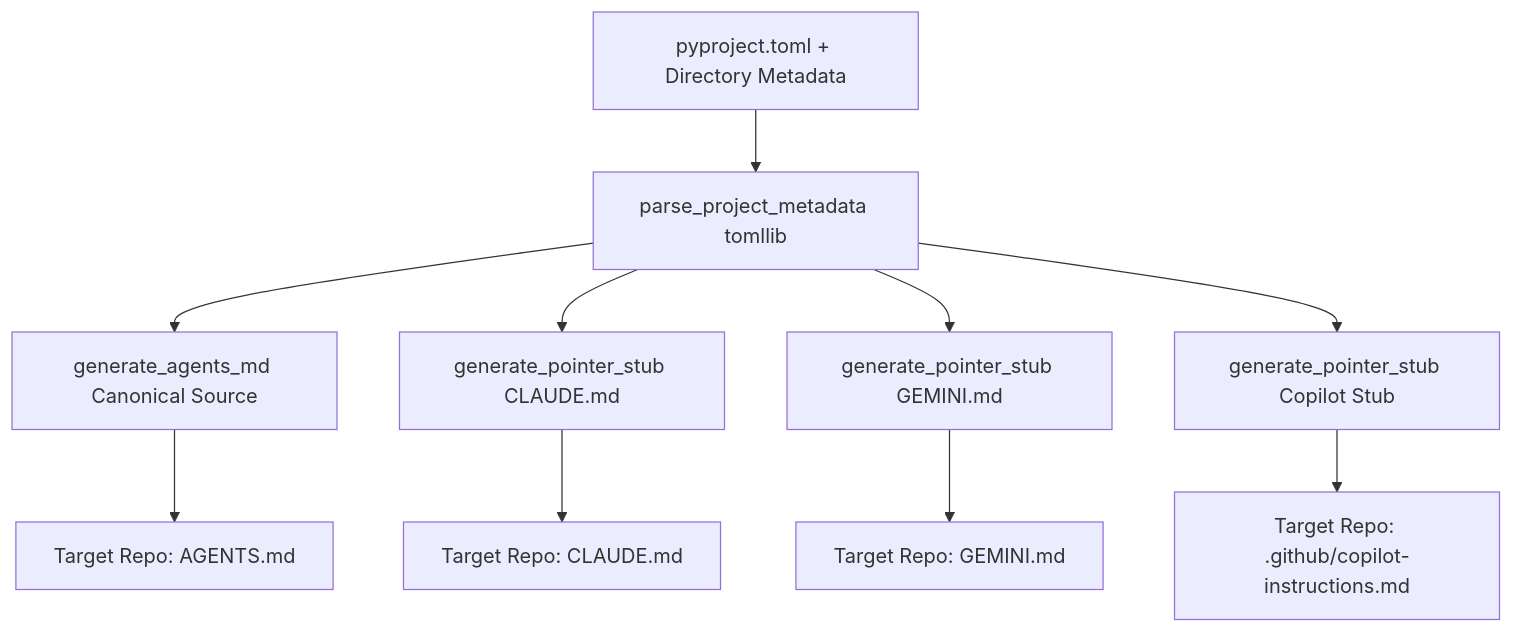
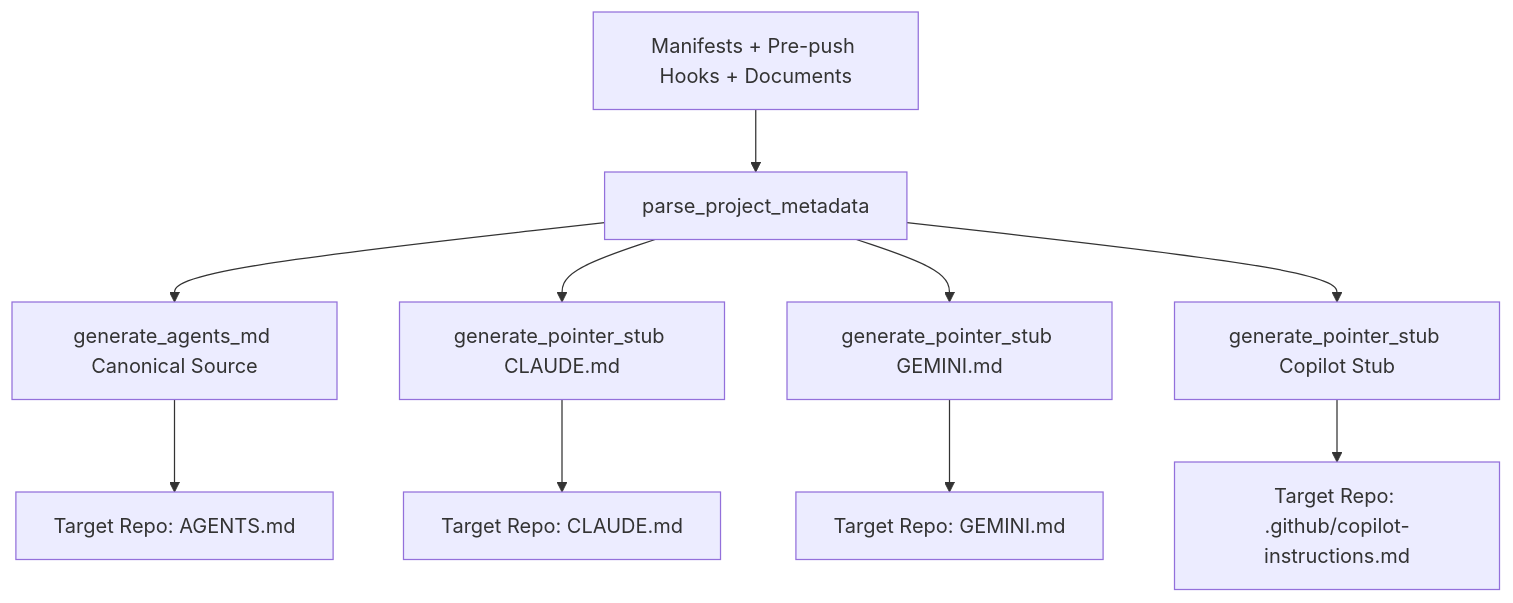
The diagram in src/devops_cli/ai/knowledge_base/devops_cli/tasks/agent_instructions_scaffolding.md (dan-petty/devops-cli), drawn with Mermaid before and after one commit. The commit also changed other lines of this file and 15 other files, not shown here.

````diff
--- a/src/devops_cli/ai/knowledge_base/devops_cli/tasks/agent_instructions_scaffolding.md
+++ b/src/devops_cli/ai/knowledge_base/devops_cli/tasks/agent_instructions_scaffolding.md
@@ -11,12 +11,12 @@
 ```mermaid
 graph TD
-    A[pyproject.toml + Directory Metadata] --> B[parse_project_metadata tomllib]
+    A[Manifests + Pre-push Hooks + Documents] --> B[parse_project_metadata]
     B --> C[generate_agents_md Canonical Source]
     B --> D[generate_pointer_stub CLAUDE.md]
     B --> I[generate_pointer_stub GEMINI.md]
     B --> E[generate_pointer_stub Copilot Stub]
     C --> F[Target Repo: AGENTS.md]
     D --> G[Target Repo: CLAUDE.md]
     I --> J[Target Repo: GEMINI.md]
     E --> H[Target Repo: .github/copilot-instructions.md]
 ```
````
